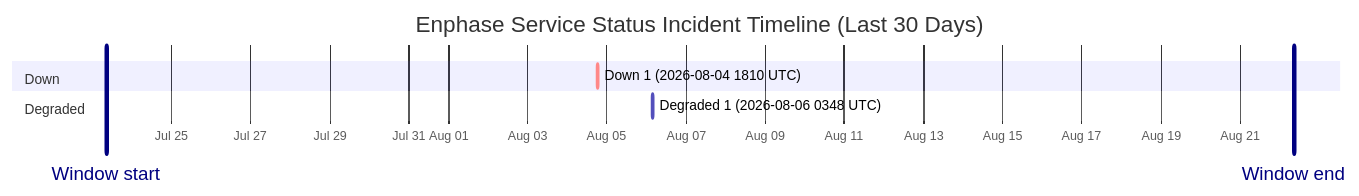
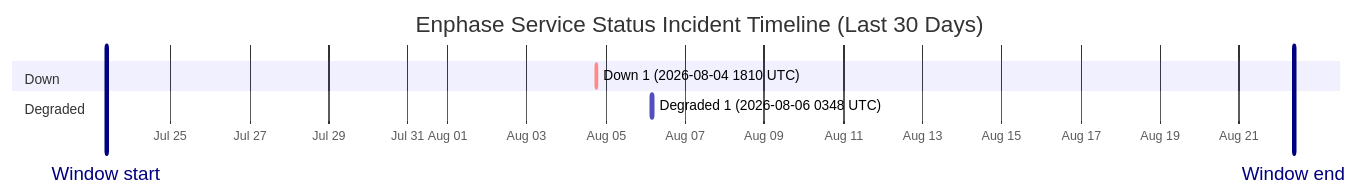
The diagram in wiki/Service-Status-History.md (barneyonline/ha-enphase-energy), drawn with Mermaid before and after one commit. The commit also changed other lines of this file and 3 other files, not shown here.

````diff
--- a/wiki/Service-Status-History.md
+++ b/wiki/Service-Status-History.md
@@ -14,12 +14,12 @@
 ```mermaid
 gantt
     title Enphase Service Status Incident Timeline (Last 30 Days)
     dateFormat  YYYY-MM-DDTHH:mm:ss
     axisFormat  %b %d
-    Window start :vert, window-start, 2026-07-23T08:29:57, 0ms
-    Window end :vert, window-end, 2026-08-22T08:29:57, 0ms
+    Window start :vert, window-start, 2026-07-23T08:59:23, 0ms
+    Window end :vert, window-end, 2026-08-22T08:59:23, 0ms
     section Down
     Down 1 (2026-08-04 1810 UTC) :crit, down-1, 2026-08-04T18:10:46, 60m
     section Degraded
     Degraded 1 (2026-08-06 0348 UTC) :active, degraded-1, 2026-08-06T03:48:14, 60m
 ```
````
